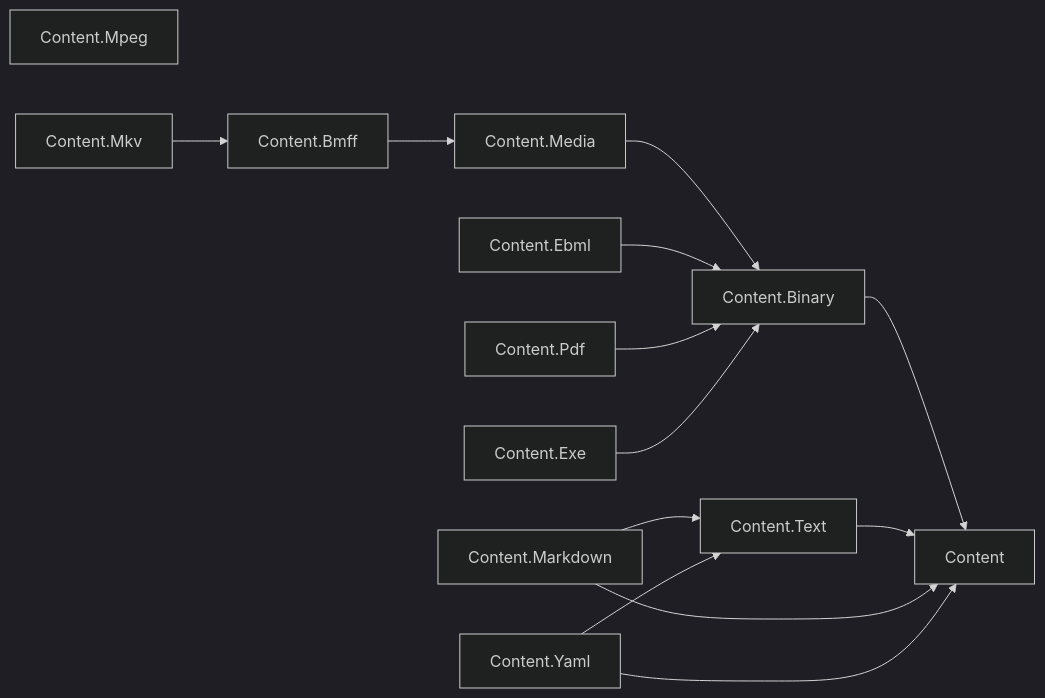
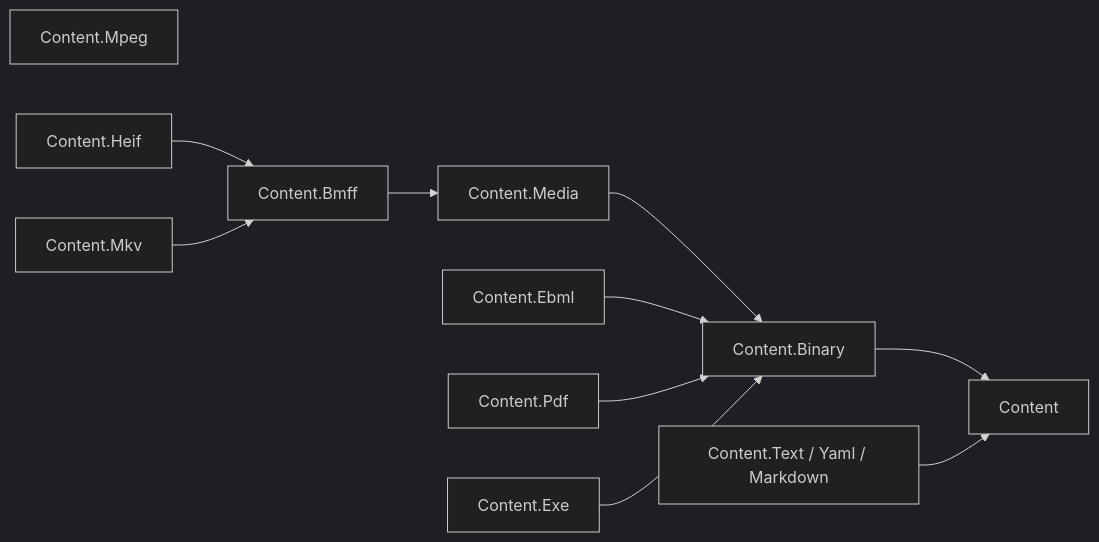
Before and after one commit to assimalign/cohesion: the diagram in libraries/Content/README.md, drawn with Mermaid (dark theme). The commit also changed other lines of this file and 9 other files, not shown here.

First line of the commit message:
chore(content): onboard Content.Heif to CI and the release inventory

````diff
--- a/libraries/Content/README.md
+++ b/libraries/Content/README.md
@@ -13,27 +13,23 @@
 ```mermaid
 flowchart LR
     Root["Content"]
     Binary["Content.Binary"]
-    Text["Content.Text"]
+    Text["Content.Text / Yaml / Markdown"]
     Media["Content.Media"]
     Bmff["Content.Bmff"]
     Mpeg["Content.Mpeg"]
+    Heif["Content.Heif"]
     Ebml["Content.Ebml"]
     Mkv["Content.Mkv"]
     Pdf["Content.Pdf"]
     Exe["Content.Exe"]
-    Markdown["Content.Markdown"]
-    Yaml["Content.Yaml"]
     Binary --> Root
     Text --> Root
     Media --> Binary
     Bmff --> Media
+    Heif --> Bmff
     Ebml --> Binary
     Pdf --> Binary
     Exe --> Binary
     Mkv --> Bmff
-    Markdown --> Root
-    Markdown --> Text
-    Yaml --> Root
-    Yaml --> Text
 ```
````
